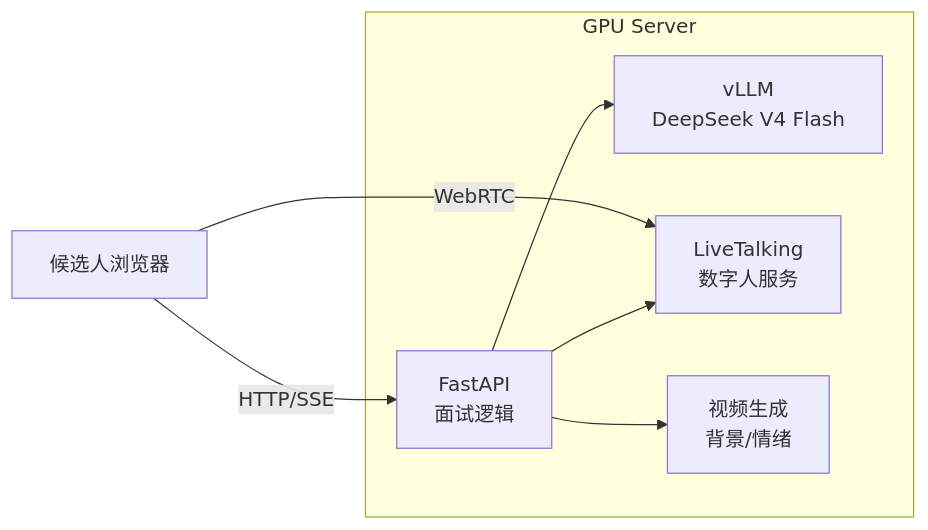
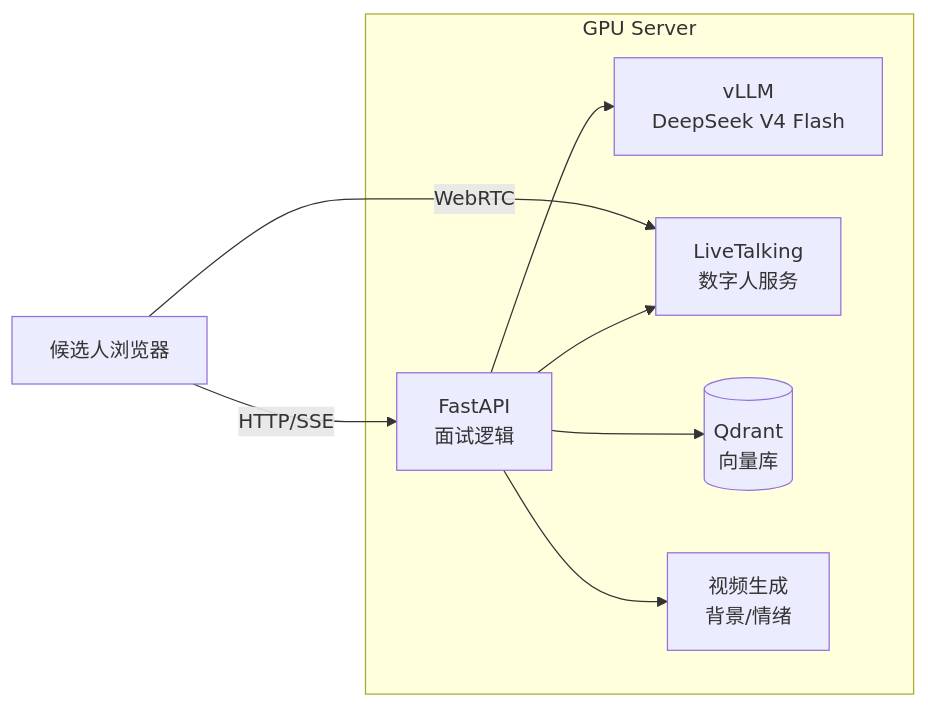
Before and after one commit to sublucky/virtual-interviewer: the fifth of 5 diagrams in REQUIREMENTS.md, drawn with Mermaid. The commit also changed other lines of this file, not shown here.

````diff
--- a/REQUIREMENTS.md
+++ b/REQUIREMENTS.md
@@ -322,14 +404,16 @@
 ```mermaid
 flowchart LR
     subgraph GPU Server
         vLLM[vLLM<br/>DeepSeek V4 Flash]
         LiveTalking[LiveTalking<br/>数字人服务]
         App[FastAPI<br/>面试逻辑]
+        Qdrant[(Qdrant<br/>向量库)]
         VideoGen[视频生成<br/>背景/情绪]
     end
     Browser[候选人浏览器] -->|WebRTC| LiveTalking
     Browser -->|HTTP/SSE| App
     App --> vLLM
     App --> LiveTalking
+    App --> Qdrant
     App --> VideoGen
 ```
````
